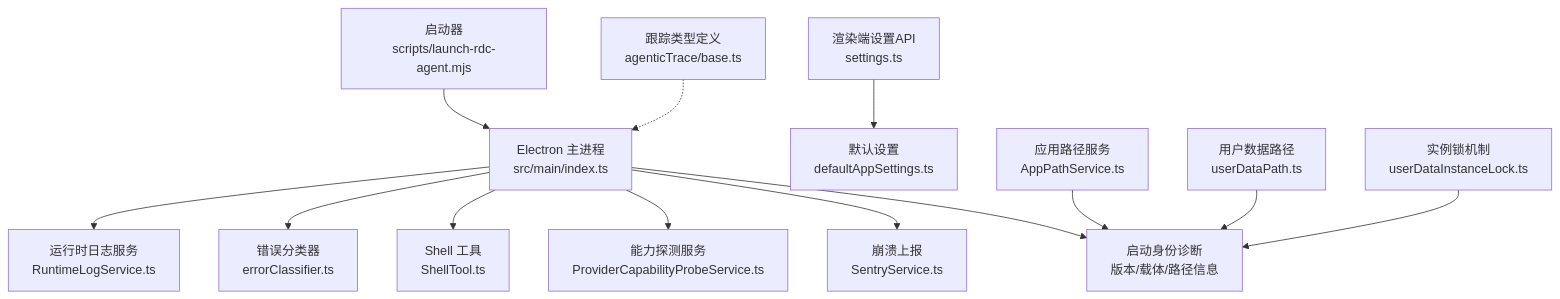
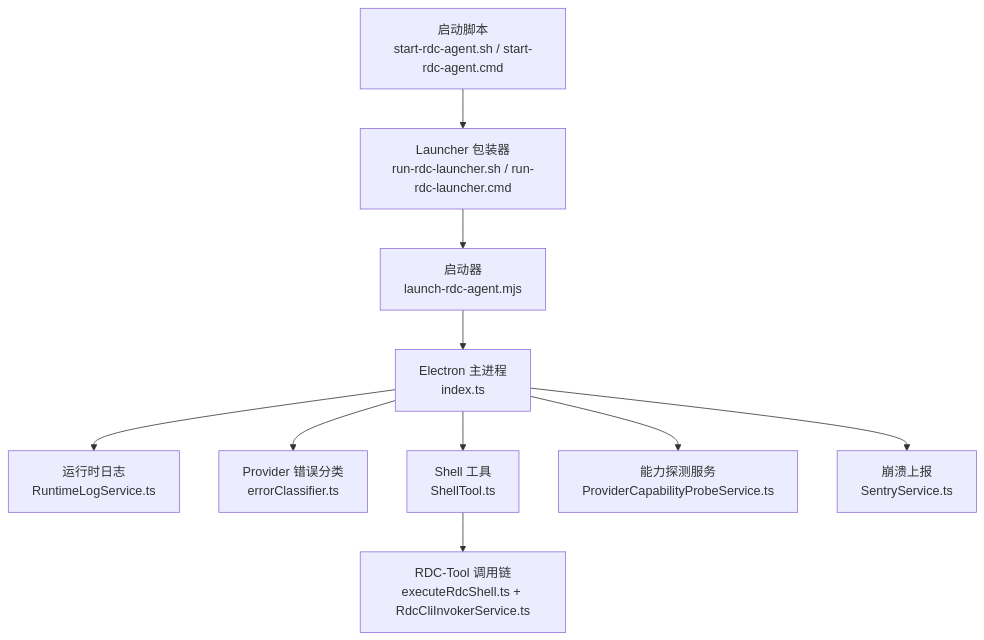
The first of 6 diagrams in .qoder/repowiki/zh/content/故障排除.md (haolange/RDC-Agent), drawn with Mermaid before and after one commit. The commit also changed other lines of this file and 356 other files, not shown here.

````diff
--- a/.qoder/repowiki/zh/content/故障排除.md
+++ b/.qoder/repowiki/zh/content/故障排除.md
@@ -60,15 +48,12 @@
 ```mermaid
 graph TB
-A["启动器<br/>scripts/launch-rdc-agent.mjs"] --> B["Electron 主进程<br/>src/main/index.ts"]
-B --> C["运行时日志服务<br/>RuntimeLogService.ts"]
-B --> D["错误分类器<br/>errorClassifier.ts"]
-B --> E["Shell 工具<br/>ShellTool.ts"]
-B --> F["能力探测服务<br/>ProviderCapabilityProbeService.ts"]
-B --> G["崩溃上报<br/>SentryService.ts"]
-B --> H["启动身份诊断<br/>版本/载体/路径信息"]
-I["渲染端设置API<br/>settings.ts"] --> J["默认设置<br/>defaultAppSettings.ts"]
-K["跟踪类型定义<br/>agenticTrace/base.ts"] -.-> B
-L["应用路径服务<br/>AppPathService.ts"] --> H
-M["用户数据路径<br/>userDataPath.ts"] --> H
-N["实例锁机制<br/>userDataInstanceLock.ts"] --> H
+  A["启动脚本<br/>start-rdc-agent.sh / start-rdc-agent.cmd"] --> B["Launcher 包装器<br/>run-rdc-launcher.sh / run-rdc-launcher.cmd"]
+  B --> C["启动器<br/>launch-rdc-agent.mjs"]
+  C --> D["Electron 主进程<br/>index.ts"]
+  D --> E["运行时日志<br/>RuntimeLogService.ts"]
+  D --> F["Provider 错误分类<br/>errorClassifier.ts"]
+  D --> G["Shell 工具<br/>ShellTool.ts"]
+  G --> H["RDC-Tool 调用链<br/>executeRdcShell.ts + RdcCliInvokerService.ts"]
+  D --> I["能力探测服务<br/>ProviderCapabilityProbeService.ts"]
+  D --> J["崩溃上报<br/>SentryService.ts"]
 ```
````
